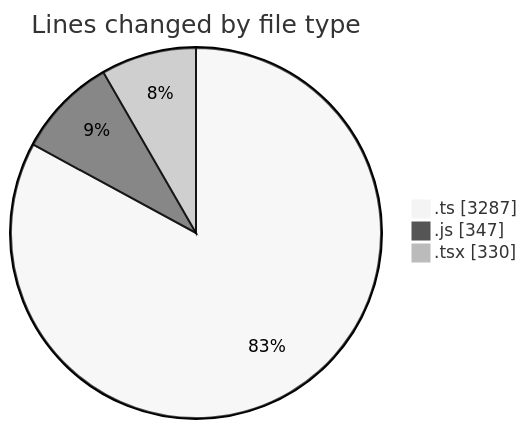
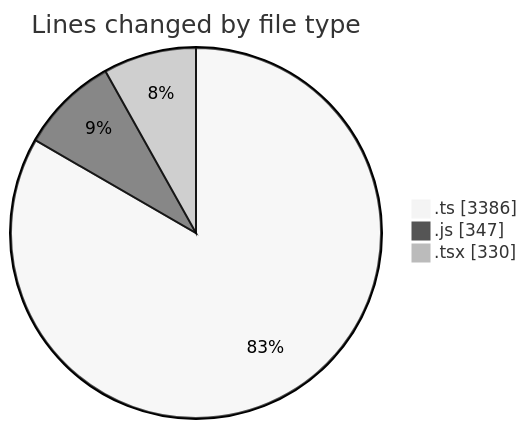
One commit to momahboobian/code-tracking changed the first of 2 diagrams in 2025-12-16/cda/README.md. Above: the diagram before and after it, drawn with Mermaid (neutral theme). The commit also changed other lines of this file and 1 other file, not shown here.

````diff
--- a/2025-12-16/cda/README.md
+++ b/2025-12-16/cda/README.md
@@ -25,7 +25,7 @@
 ```mermaid
 pie showData
 title Lines changed by file type
-".ts" : 3287
+".ts" : 3386
 ".js" : 347
 ".tsx" : 330
 ```
````
